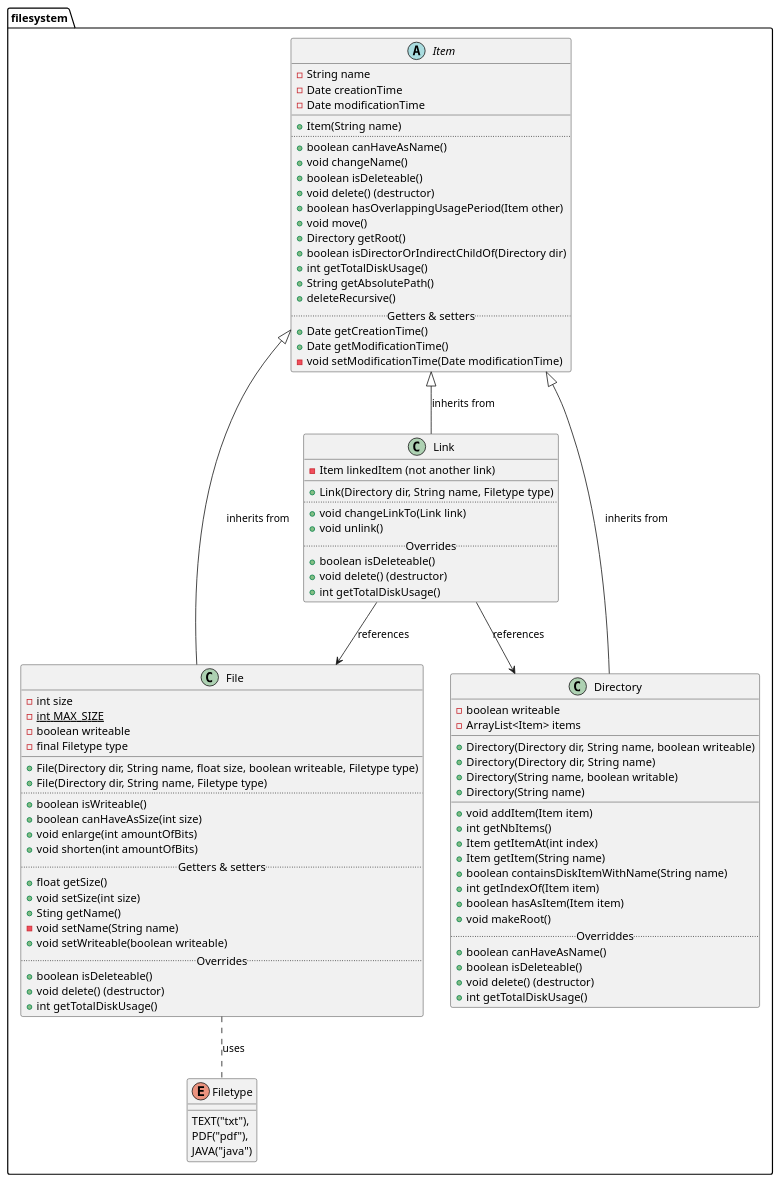
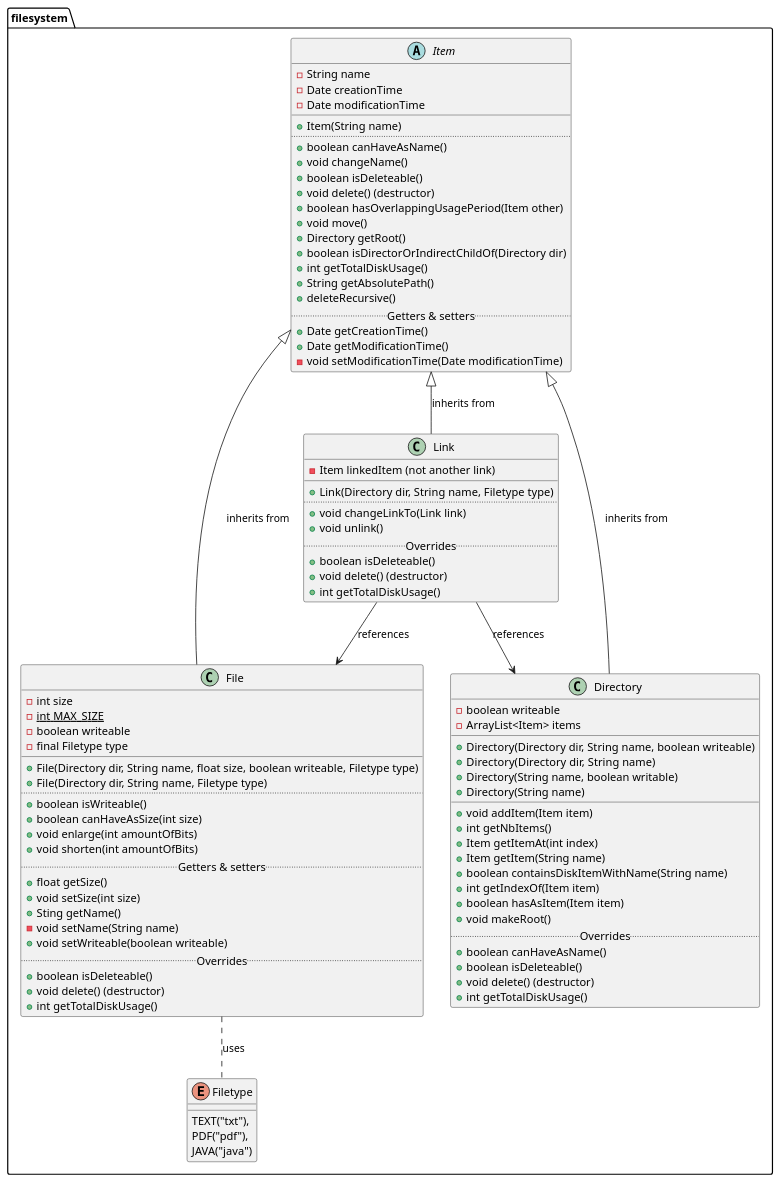
One commit to vanschependom/KULAK_ogp-practicum2 changed the diagram in class-diagram/classdiagram.puml. Above: the diagram before and after it, drawn with PlantUML. The commit also changed 1 other file, not shown here.

```diff
--- a/class-diagram/classdiagram.puml
+++ b/class-diagram/classdiagram.puml
@@ -1,108 +1,108 @@
 @startuml
 
 package filesystem {
 
 abstract Item {
     - String name
     - Date creationTime
     - Date modificationTime
 __
     + Item(String name)
 ..
     + boolean canHaveAsName()
     + void changeName()
     + boolean isDeleteable()
     + void delete() (destructor)
     + boolean hasOverlappingUsagePeriod(Item other)
     + void move()
     + Directory getRoot()
     + boolean isDirectorOrIndirectChildOf(Directory dir)
     + int getTotalDiskUsage()
     + String getAbsolutePath()
     + deleteRecursive()
 ..Getters & setters..
     + Date getCreationTime()
     + Date getModificationTime()
     - void setModificationTime(Date modificationTime)
 }
 
 class File {
     - int size
     - {static} int MAX_SIZE
     - boolean writeable
     - final Filetype type
 __
     + File(Directory dir, String name, float size, boolean writeable, Filetype type)
     + File(Directory dir, String name, Filetype type)
 ..
     + boolean isWriteable()
     + boolean canHaveAsSize(int size)
     + void enlarge(int amountOfBits)
     + void shorten(int amountOfBits)
 ..Getters & setters..
     + float getSize()
     + void setSize(int size)
     + Sting getName()
     - void setName(String name)
     + void setWriteable(boolean writeable)
 ..Overrides..
     + boolean isDeleteable()
     + void delete() (destructor)
     + int getTotalDiskUsage()
 }
 
 enum Filetype {
     TEXT("txt"),
     PDF("pdf"),
     JAVA("java")
 }
 
 class Directory {
     - boolean writeable
     - ArrayList<Item> items
 __
     + Directory(Directory dir, String name, boolean writeable)
     + Directory(Directory dir, String name)
     + Directory(String name, boolean writable)
     + Directory(String name)
 __
     + void addItem(Item item)
     + int getNbItems()
     + Item getItemAt(int index)
     + Item getItem(String name)
     + boolean containsDiskItemWithName(String name)
     + int getIndexOf(Item item)
     + boolean hasAsItem(Item item)
     + void makeRoot()
-.. Overriddes ..
+.. Overrides ..
     + boolean canHaveAsName()
     + boolean isDeleteable()
     + void delete() (destructor)
     + int getTotalDiskUsage()
 }
 
 class Link {
     - Item linkedItem (not another link)
 __
     + Link(Directory dir, String name, Filetype type)
 ..
     + void changeLinkTo(Link link)
     + void unlink()
 ..Overrides..
     + boolean isDeleteable()
     + void delete() (destructor)
     + int getTotalDiskUsage()
 }
 
 Item <|-- Link: inherits from
 Item <|-- File: inherits from
 Item <|-- Directory: inherits from
 
 File .. Filetype: uses
 
 Link --> File: references
 Link --> Directory: references
 
 }
 
 @enduml
```
